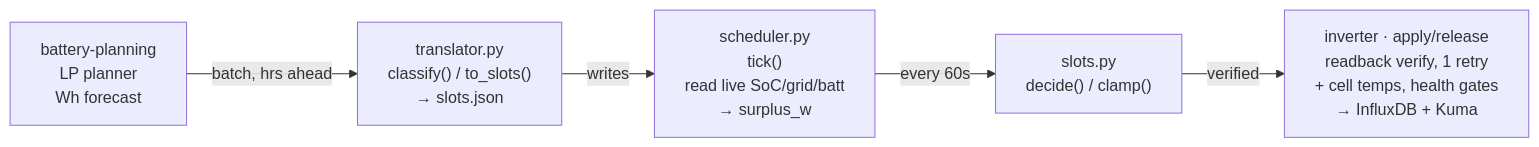
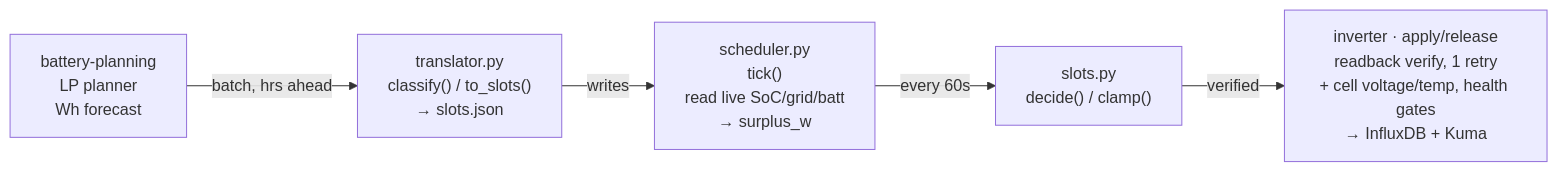
The first of 3 diagrams in docs/DISPATCH-FLOW.md (sandeepthukral/alphaess-collector), drawn with Mermaid before and after one commit. The commit also changed other lines of this file and 10 other files, not shown here.

````diff
--- a/docs/DISPATCH-FLOW.md
+++ b/docs/DISPATCH-FLOW.md
@@ -10,7 +10,7 @@
 ```mermaid
 flowchart LR
     P["battery-planning<br/>LP planner<br/>Wh forecast"] -->|batch, hrs ahead| T
     T["translator.py<br/>classify() / to_slots()<br/>→ slots.json"] -->|writes| S
     S["scheduler.py<br/>tick()<br/>read live SoC/grid/batt<br/>→ surplus_w"] -->|every 60s| D
-    D["slots.py<br/>decide() / clamp()"] -->|verified| I["inverter · apply/release<br/>readback verify, 1 retry<br/>+ cell temps, health gates<br/>→ InfluxDB + Kuma"]
+    D["slots.py<br/>decide() / clamp()"] -->|verified| I["inverter · apply/release<br/>readback verify, 1 retry<br/>+ cell voltage/temp, health gates<br/>→ InfluxDB + Kuma"]
 ```
````
